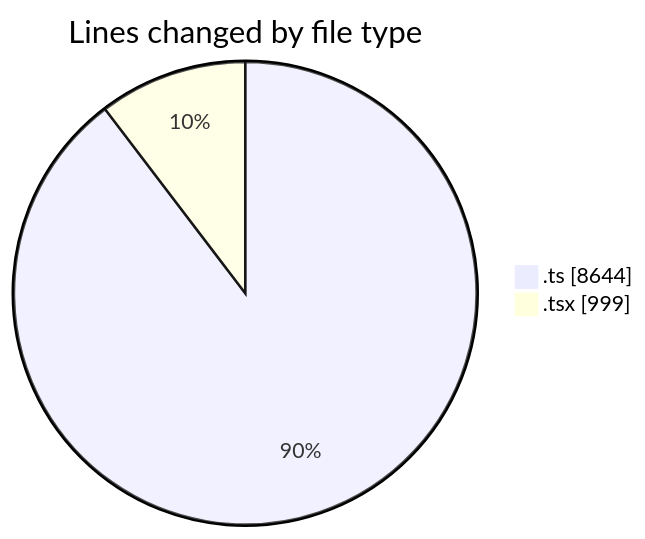
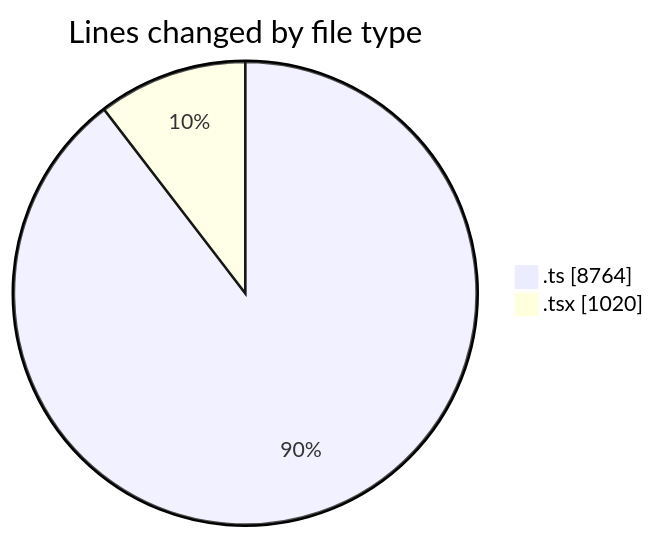
Before and after one commit to momahboobian/code-tracking: the first of 2 diagrams in 2025-07-14/cda/README.md, drawn with Mermaid. The commit also changed other lines of this file and 1 other file, not shown here.

````diff
--- a/2025-07-14/cda/README.md
+++ b/2025-07-14/cda/README.md
@@ -26,6 +27,6 @@
 ```mermaid
 pie showData
 title Lines changed by file type
-".ts" : 8644
-".tsx" : 999
+".ts" : 8764
+".tsx" : 1020
 ```
````
